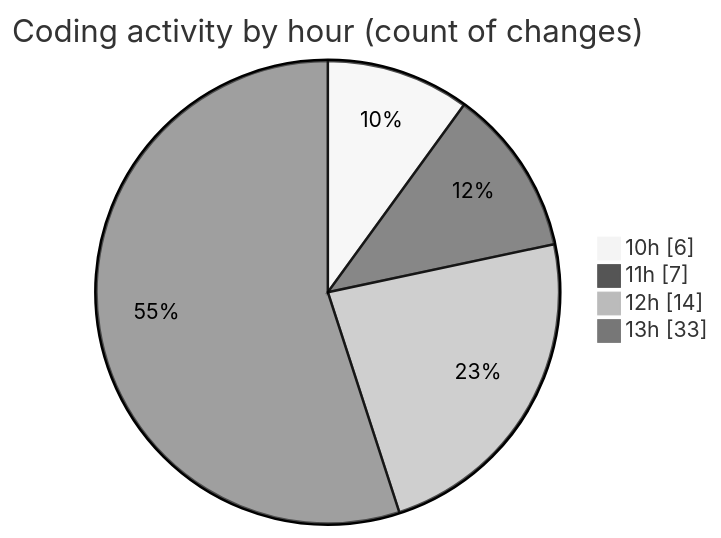
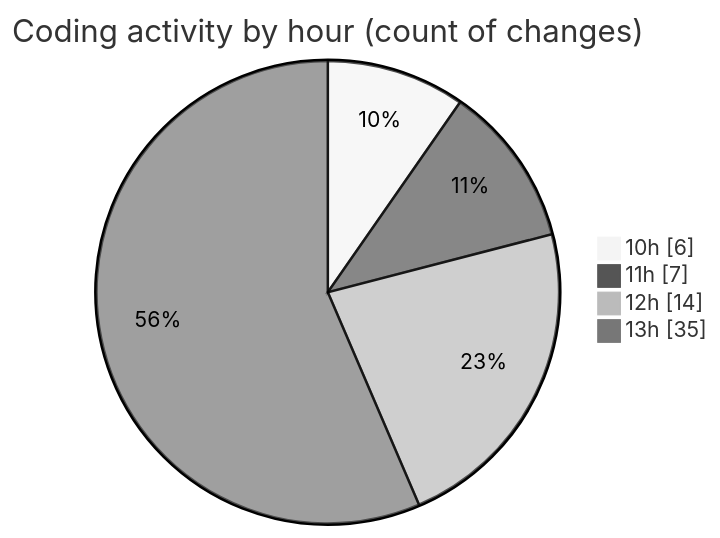
One commit to momahboobian/code-tracking changed the second of 2 diagrams in 2025-06-23/cda/README.md. Above: the diagram before and after it, drawn with Mermaid (neutral theme). The commit also changed other lines of this file and 1 other file, not shown here.

````diff
--- a/2025-06-23/cda/README.md
+++ b/2025-06-23/cda/README.md
@@ -35,8 +36,8 @@
 ```mermaid
 pie showData
 title Coding activity by hour (count of changes)
 "10h" : 6
 "11h" : 7
 "12h" : 14
-"13h" : 33
+"13h" : 35
 ```
````
